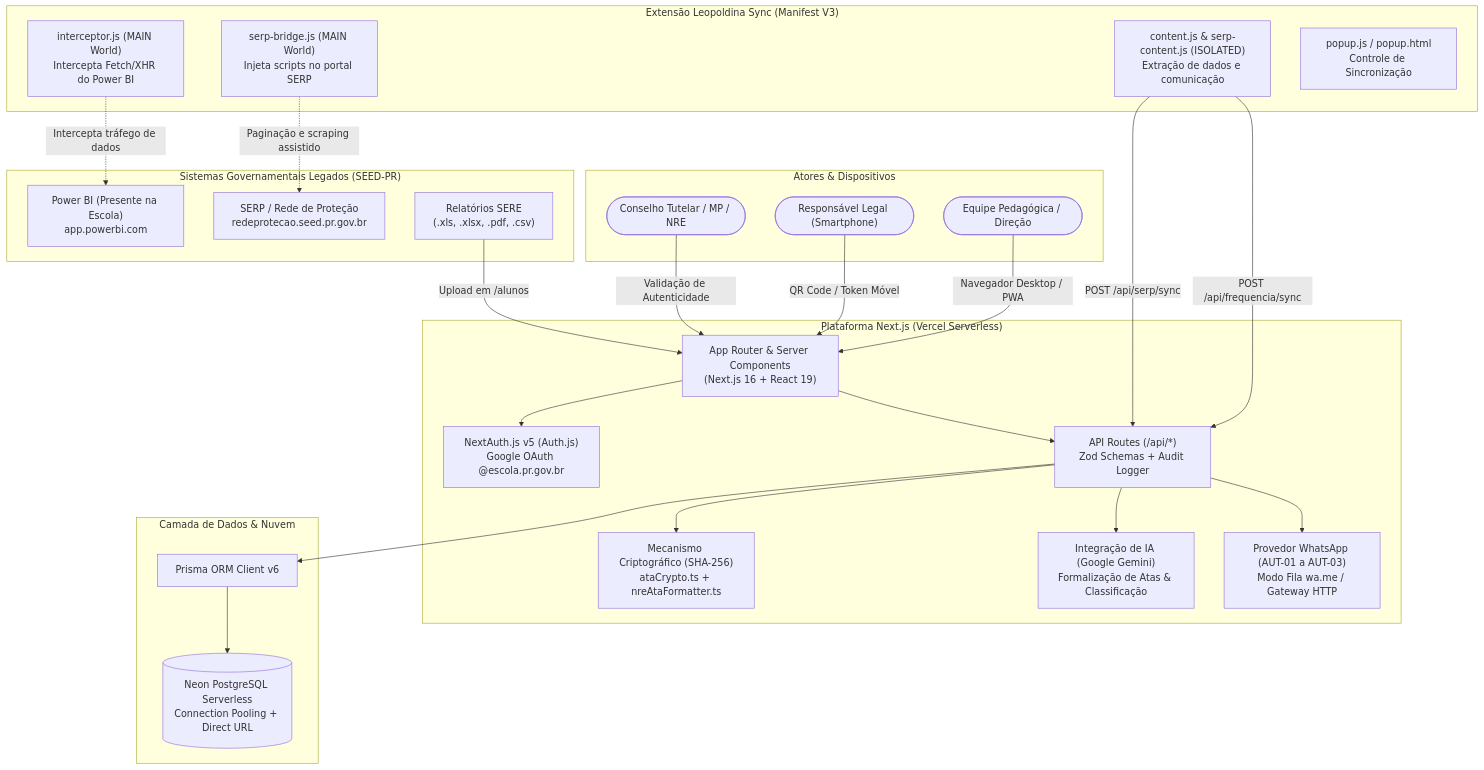
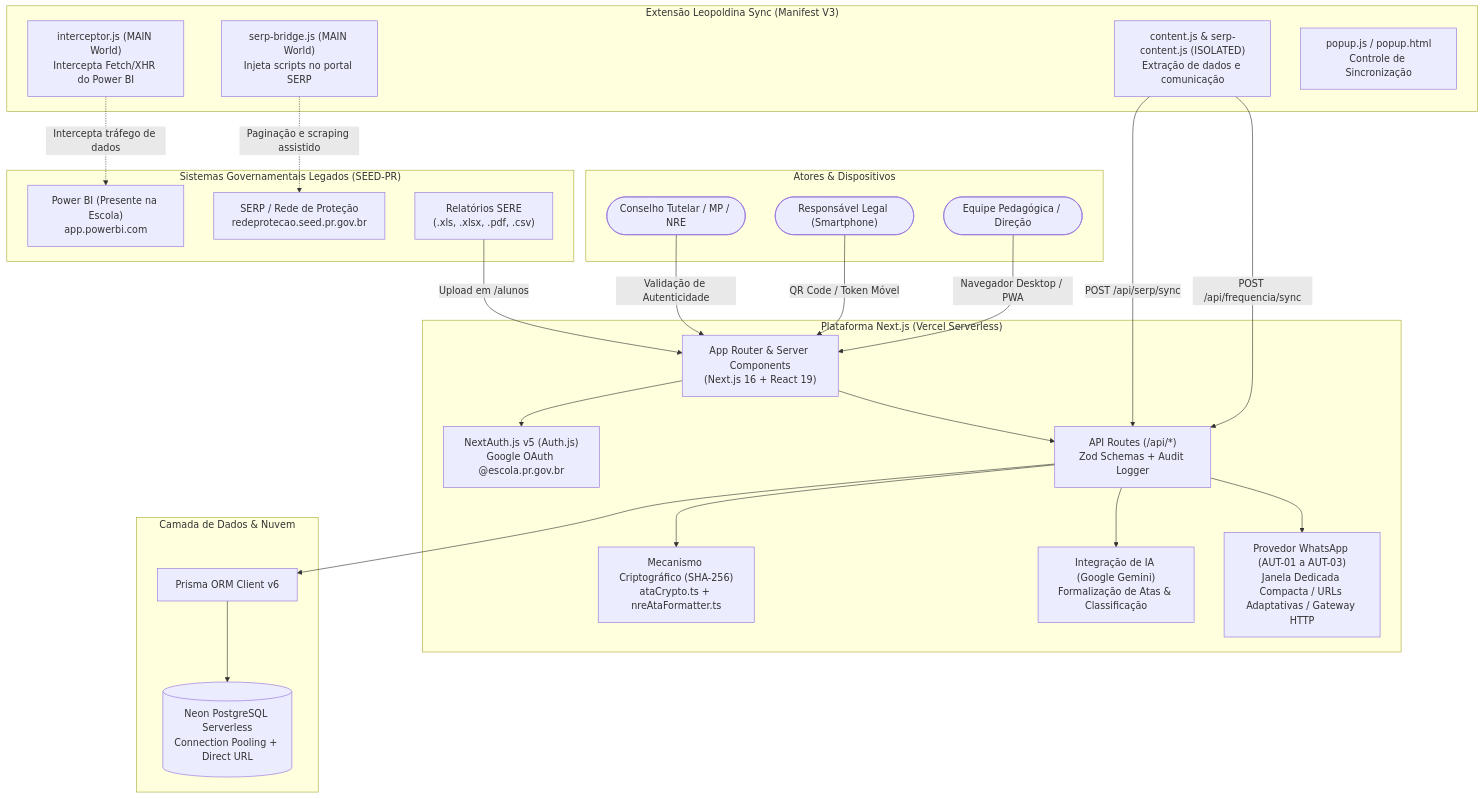
One commit to MarcosWrobel/rede-ativa changed the first of 3 diagrams in docs/ARQUITETURA_E_ENGENHARIA.md. Above: the diagram before and after it, drawn with Mermaid. The commit also changed other lines of this file and 3 other files, not shown here.

Commit message:
docs: atualizar arquitetura, backlog e documentacao com especificacoes da janela dedicada e deteccao mobile/desktop

````diff
--- a/docs/ARQUITETURA_E_ENGENHARIA.md
+++ b/docs/ARQUITETURA_E_ENGENHARIA.md
@@ -21,54 +21,54 @@
 ```mermaid
 flowchart TD
     subgraph Users ["Atores & Dispositivos"]
         Staff(["Equipe Pedagógica / Direção"])
         Guardian(["Responsável Legal (Smartphone)"])
         Authorities(["Conselho Tutelar / MP / NRE"])
     end
 
     subgraph ChromeExtension ["Extensão Leopoldina Sync (Manifest V3)"]
         PBI_Intercept["interceptor.js (MAIN World)\nIntercepta Fetch/XHR do Power BI"]
         SERP_Bridge["serp-bridge.js (MAIN World)\nInjeta scripts no portal SERP"]
         ExtContent["content.js & serp-content.js (ISOLATED)\nExtração de dados e comunicação"]
         ExtPopup["popup.js / popup.html\nControle de Sincronização"]
     end
 
     subgraph ExternalGov ["Sistemas Governamentais Legados (SEED-PR)"]
         PowerBIPortal["Power BI (Presente na Escola)\napp.powerbi.com"]
         SERPPortal["SERP / Rede de Proteção\nredeprotecao.seed.pr.gov.br"]
         SEREFiles["Relatórios SERE\n(.xls, .xlsx, .pdf, .csv)"]
     end
 
     subgraph AppPlatform ["Plataforma Next.js (Vercel Serverless)"]
         Router["App Router & Server Components\n(Next.js 16 + React 19)"]
         PerimeterAuth["NextAuth.js v5 (Auth.js)\nGoogle OAuth @escola.pr.gov.br"]
         APILayer["API Routes (/api/*)\nZod Schemas + Audit Logger"]
         CryptoEngine["Mecanismo Criptográfico (SHA-256)\nataCrypto.ts + nreAtaFormatter.ts"]
         AIEngine["Integração de IA (Google Gemini)\nFormalização de Atas & Classificação"]
-        WAProvider["Provedor WhatsApp (AUT-01 a AUT-03)\nModo Fila wa.me / Gateway HTTP"]
+        WAProvider["Provedor WhatsApp (AUT-01 a AUT-03)\nJanela Dedicada Compacta / URLs Adaptativas / Gateway HTTP"]
     end
 
     subgraph Persistence ["Camada de Dados & Nuvem"]
         PrismaORM["Prisma ORM Client v6"]
         PostgresDB[("Neon PostgreSQL Serverless\nConnection Pooling + Direct URL")]
     end
 
     %% Conexões de Dados e Acesso
     Staff -->|Navegador Desktop / PWA| Router
     Guardian -->|QR Code / Token Móvel| Router
     Authorities -->|Validação de Autenticidade| Router
 
     PBI_Intercept -.->|Intercepta tráfego de dados| PowerBIPortal
     SERP_Bridge -.->|Paginação e scraping assistido| SERPPortal
     ExtContent -->|POST /api/frequencia/sync| APILayer
     ExtContent -->|POST /api/serp/sync| APILayer
     SEREFiles -->|Upload em /alunos| Router
 
     Router --> PerimeterAuth
     Router --> APILayer
     APILayer --> CryptoEngine
     APILayer --> AIEngine
     APILayer --> WAProvider
     APILayer --> PrismaORM
     PrismaORM --> PostgresDB
 ```
````
